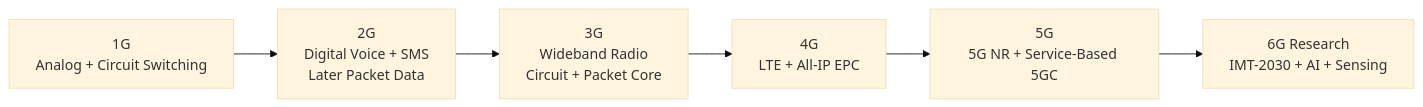
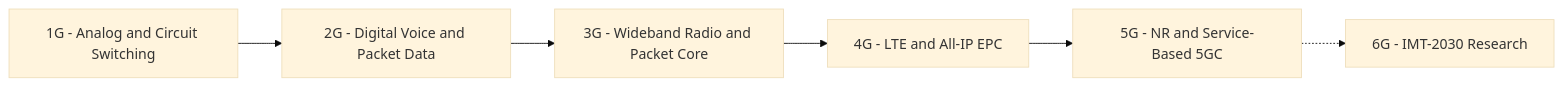
Before and after one commit to julietarubis/mobile-network-generations: diagram 13 of 13 in README-5G-6G-FCAPS.md, drawn with Mermaid (base theme). The commit also changed other lines of this file, not shown here.

````diff
--- a/README-5G-6G-FCAPS.md
+++ b/README-5G-6G-FCAPS.md
@@ -263,8 +482,8 @@
 ```mermaid
 flowchart LR
-    G1[1G<br/>Analog + Circuit Switching] --> G2[2G<br/>Digital Voice + SMS<br/>Later Packet Data]
-    G2 --> G3[3G<br/>Wideband Radio<br/>Circuit + Packet Core]
-    G3 --> G4[4G<br/>LTE + All-IP EPC]
-    G4 --> G5[5G<br/>5G NR + Service-Based 5GC]
-    G5 --> G6[6G Research<br/>IMT-2030 + AI + Sensing]
+  G1["1G - Analog and Circuit Switching"] --> G2["2G - Digital Voice and Packet Data"]
+  G2 --> G3["3G - Wideband Radio and Packet Core"]
+  G3 --> G4["4G - LTE and All-IP EPC"]
+  G4 --> G5["5G - NR and Service-Based 5GC"]
+  G5 -.-> G6["6G - IMT-2030 Research"]
 ```
````
